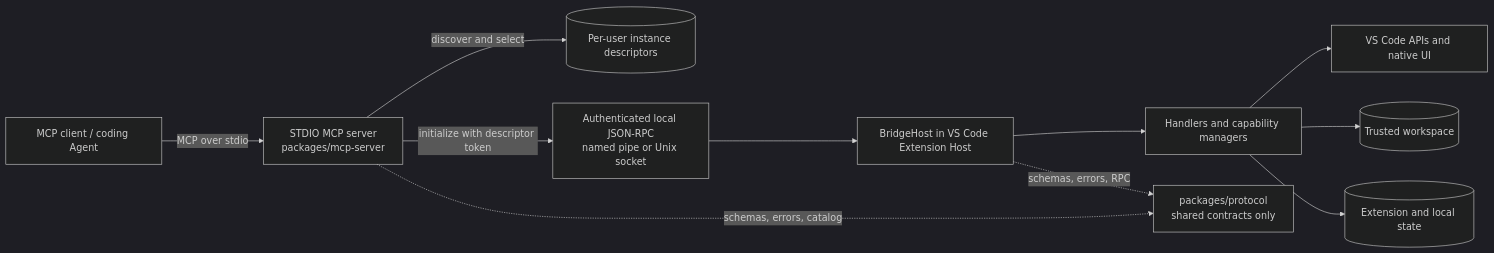
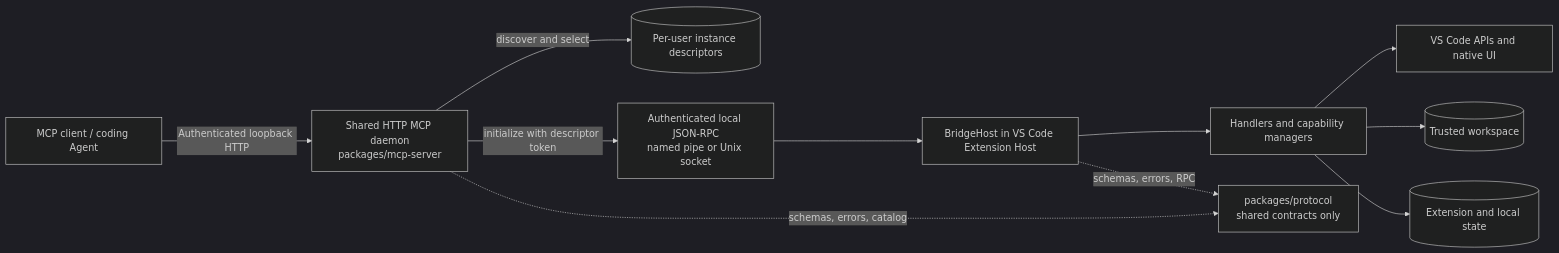
The diagram in docs/agent-handbook/architecture.md (Haiyang-Bian/vscode-agent-bridge), drawn with Mermaid (dark theme) before and after one commit. The commit also changed other lines of this file and 18 other files, not shown here.

First line of the commit message:
docs(daemon): record HTTP migration and acceptance evidence

````diff
--- a/docs/agent-handbook/architecture.md
+++ b/docs/agent-handbook/architecture.md
@@ -5,24 +5,24 @@
 ```mermaid
 flowchart LR
     Agent["MCP client / coding Agent"]
-    MCP["STDIO MCP server\npackages/mcp-server"]
+    MCP["Shared HTTP MCP daemon\npackages/mcp-server"]
     Registry[("Per-user instance descriptors")]
     IPC["Authenticated local JSON-RPC\nnamed pipe or Unix socket"]
     Host["BridgeHost in VS Code Extension Host"]
     Managers["Handlers and capability managers"]
     IDE["VS Code APIs and native UI"]
     Workspace[("Trusted workspace")]
     Storage[("Extension and local state")]
     Protocol["packages/protocol\nshared contracts only"]
 
-    Agent -->|MCP over stdio| MCP
+    Agent -->|Authenticated loopback HTTP| MCP
     MCP -->|discover and select| Registry
     MCP -->|initialize with descriptor token| IPC
     IPC --> Host
     Host --> Managers
     Managers --> IDE
     Managers --> Workspace
     Managers --> Storage
     MCP -. schemas, errors, catalog .-> Protocol
     Host -. schemas, errors, RPC .-> Protocol
 ```
````
